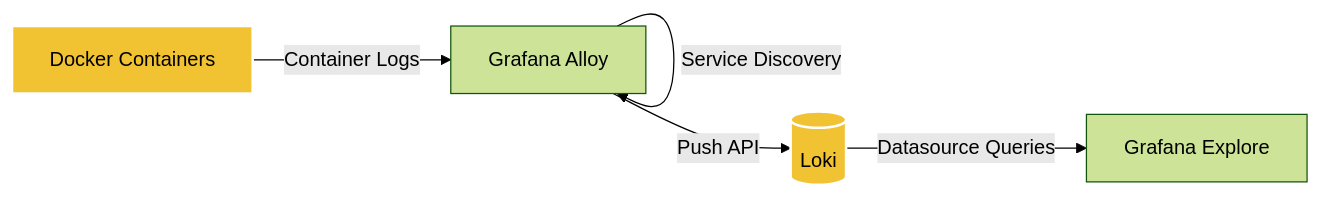
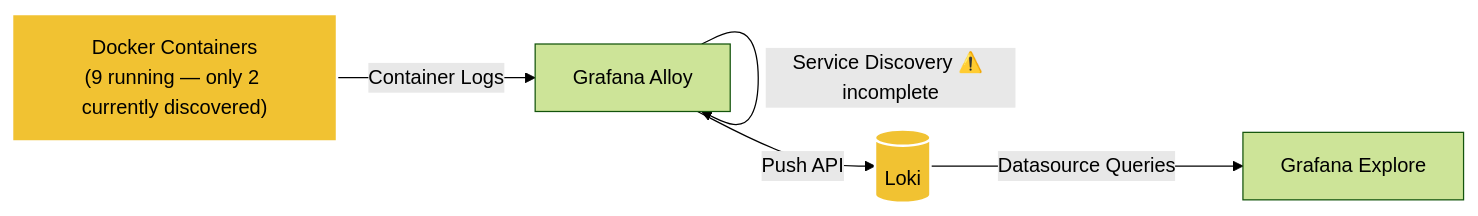
Before and after one commit to SwapnajXD/HomeLab: the diagram in architecture/logging-flow.mmd, drawn with Mermaid (forest theme). The commit also changed other lines of this file and 3 other files, not shown here.

Commit message:
architecture diagrams updated

````diff
--- a/architecture/logging-flow.mmd
+++ b/architecture/logging-flow.mmd
@@ -1,19 +1,20 @@
 ```mermaid
 graph LR
 
-    Docker["Docker Containers"]
+    Docker["Docker Containers<br/>(9 running — only 2 currently discovered)"]
     Alloy["Grafana Alloy"]
     Loki[(Loki)]
     Grafana["Grafana Explore"]
 
     Docker -->|Container Logs| Alloy
 
-    Alloy -->|Service Discovery| Alloy
+    Alloy -->|Service Discovery ⚠️ incomplete| Alloy
     Alloy -->|Push API| Loki
 
     Loki -->|Datasource Queries| Grafana
 
     classDef logs fill:#f1c232,color:#000000,stroke:#ffffff,stroke-width:2px;
+    classDef warn fill:#cc0000,color:#ffffff,stroke:#ffffff,stroke-width:2px;
 
     class Docker,Loki logs;
 ```
````
